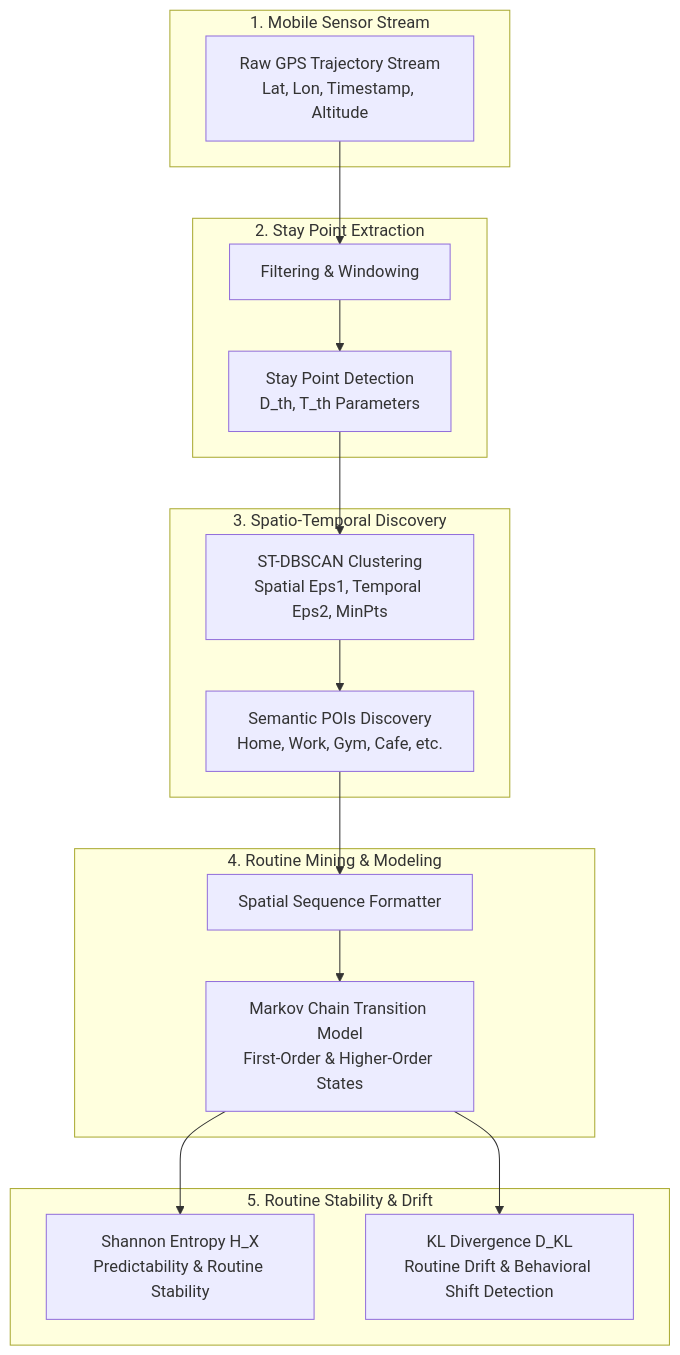
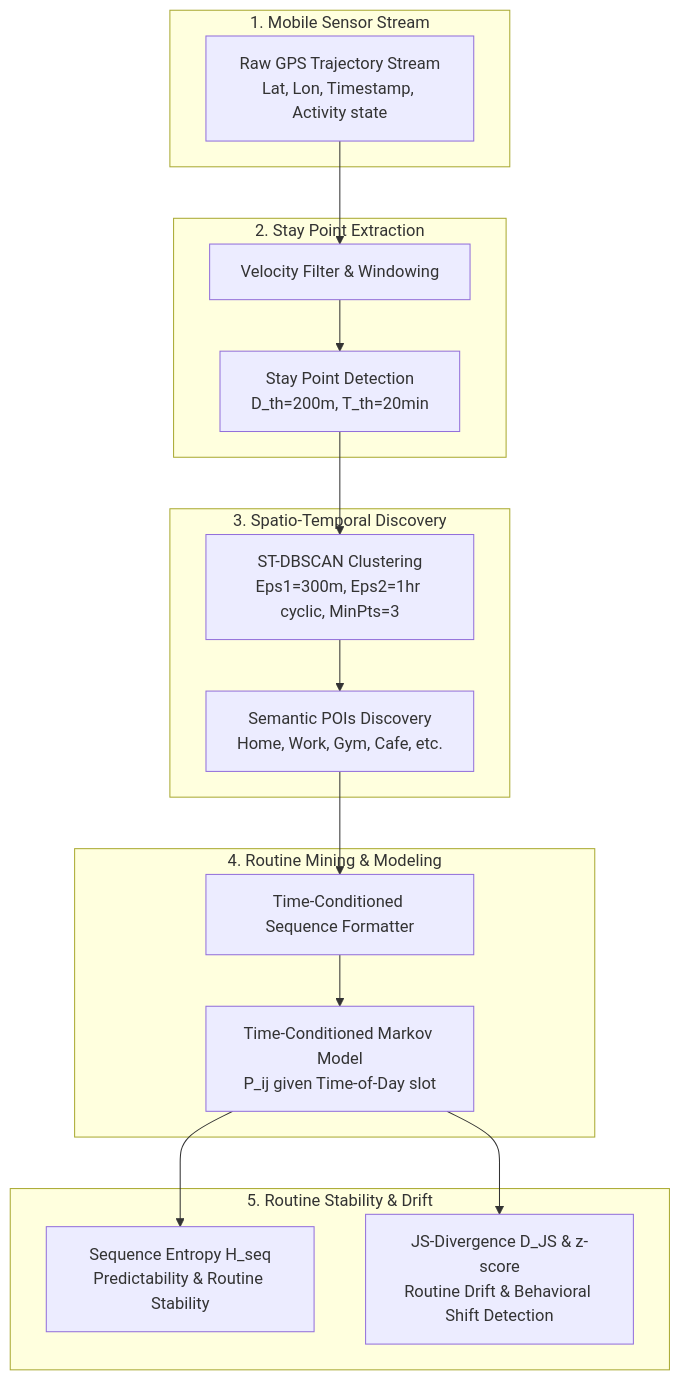
One commit to Reyatsu99/HabitMiner changed the diagram in README.md. Above: the diagram before and after it, drawn with Mermaid. The commit also changed other lines of this file and 3 other files, not shown here.

Commit message:
Fix technical bugs, methodology metrics, DB schema relationships, and parameters across documentation

````diff
--- a/README.md
+++ b/README.md
@@ -24,28 +24,28 @@
 ```mermaid
 flowchart TD
     subgraph SENSING["1. Mobile Sensor Stream"]
-        A[Raw GPS Trajectory Stream<br/>Lat, Lon, Timestamp, Altitude]
+        A[Raw GPS Trajectory Stream<br/>Lat, Lon, Timestamp, Activity state]
     end
 
     subgraph PREPROCESSING["2. Stay Point Extraction"]
-        B[Filtering & Windowing]
-        C[Stay Point Detection<br/>D_th, T_th Parameters]
+        B[Velocity Filter & Windowing]
+        C[Stay Point Detection<br/>D_th=200m, T_th=20min]
     end
 
     subgraph CLUSTERING["3. Spatio-Temporal Discovery"]
-        D[ST-DBSCAN Clustering<br/>Spatial Eps1, Temporal Eps2, MinPts]
+        D[ST-DBSCAN Clustering<br/>Eps1=300m, Eps2=1hr cyclic, MinPts=3]
         E[Semantic POIs Discovery<br/>Home, Work, Gym, Cafe, etc.]
     end
 
     subgraph MINING["4. Routine Mining & Modeling"]
-        F[Spatial Sequence Formatter]
-        G[Markov Chain Transition Model<br/>First-Order & Higher-Order States]
+        F[Time-Conditioned Sequence Formatter]
+        G[Time-Conditioned Markov Model<br/>P_ij given Time-of-Day slot]
     end
 
     subgraph ANALYSIS["5. Routine Stability & Drift"]
-        H[Shannon Entropy H_X<br/>Predictability & Routine Stability]
-        I[KL Divergence D_KL<br/>Routine Drift & Behavioral Shift Detection]
+        H[Sequence Entropy H_seq<br/>Predictability & Routine Stability]
+        I[JS-Divergence D_JS & z-score<br/>Routine Drift & Behavioral Shift Detection]
     end
 
     A --> B --> C --> D --> E --> F --> G --> H & I
 ```
````
